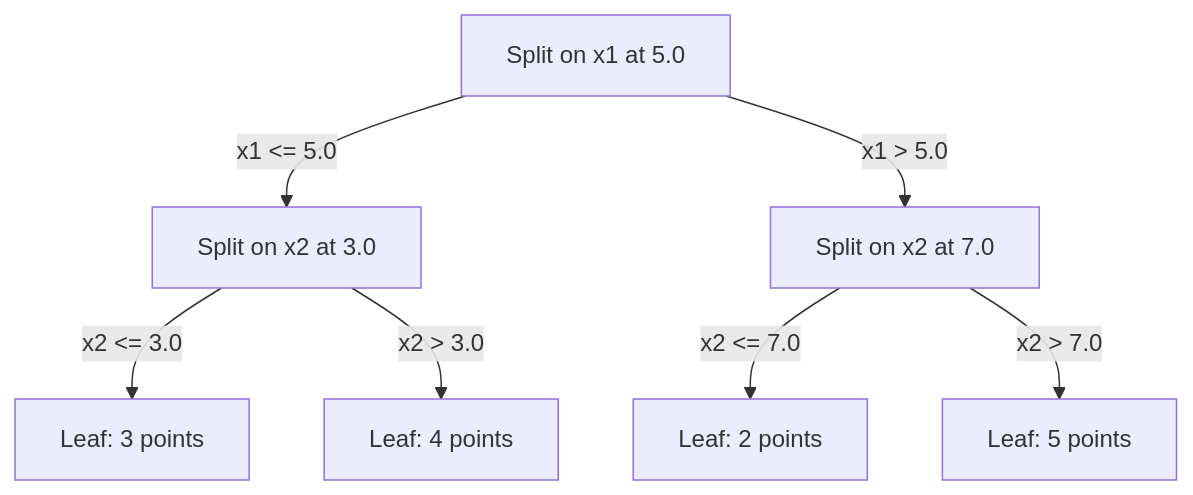
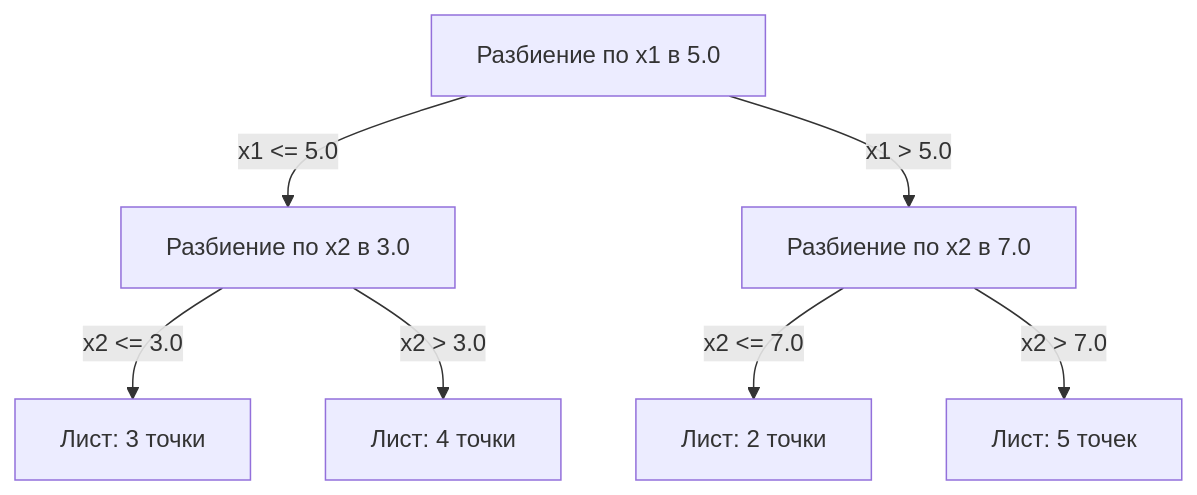
Before and after one commit to stabuev/ai-engineering-from-scratch: the third of 3 diagrams in phases/02-ml-fundamentals/06-knn-and-distances/docs/ru.md, drawn with Mermaid. The commit also changed other lines of this file and 22 other files, not shown here.

````diff
--- a/phases/02-ml-fundamentals/06-knn-and-distances/docs/ru.md
+++ b/phases/02-ml-fundamentals/06-knn-and-distances/docs/ru.md
@@ -169,9 +169,9 @@
 ```mermaid
 graph TD
-    R["Split on x1 at 5.0"] -->|"x1 <= 5.0"| L["Split on x2 at 3.0"]
-    R -->|"x1 > 5.0"| RR["Split on x2 at 7.0"]
-    L -->|"x2 <= 3.0"| LL["Leaf: 3 points"]
-    L -->|"x2 > 3.0"| LR["Leaf: 4 points"]
-    RR -->|"x2 <= 7.0"| RL["Leaf: 2 points"]
-    RR -->|"x2 > 7.0"| RRR["Leaf: 5 points"]
+    R["Разбиение по x1 в 5.0"] -->|"x1 <= 5.0"| L["Разбиение по x2 в 3.0"]
+    R -->|"x1 > 5.0"| RR["Разбиение по x2 в 7.0"]
+    L -->|"x2 <= 3.0"| LL["Лист: 3 точки"]
+    L -->|"x2 > 3.0"| LR["Лист: 4 точки"]
+    RR -->|"x2 <= 7.0"| RL["Лист: 2 точки"]
+    RR -->|"x2 > 7.0"| RRR["Лист: 5 точек"]
 ```
````
